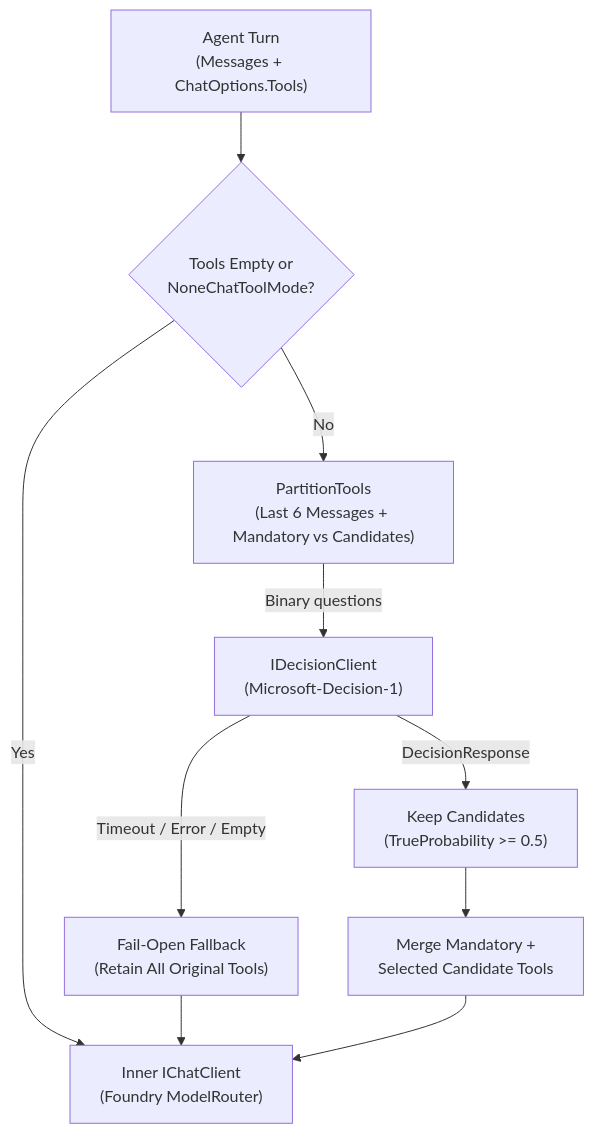
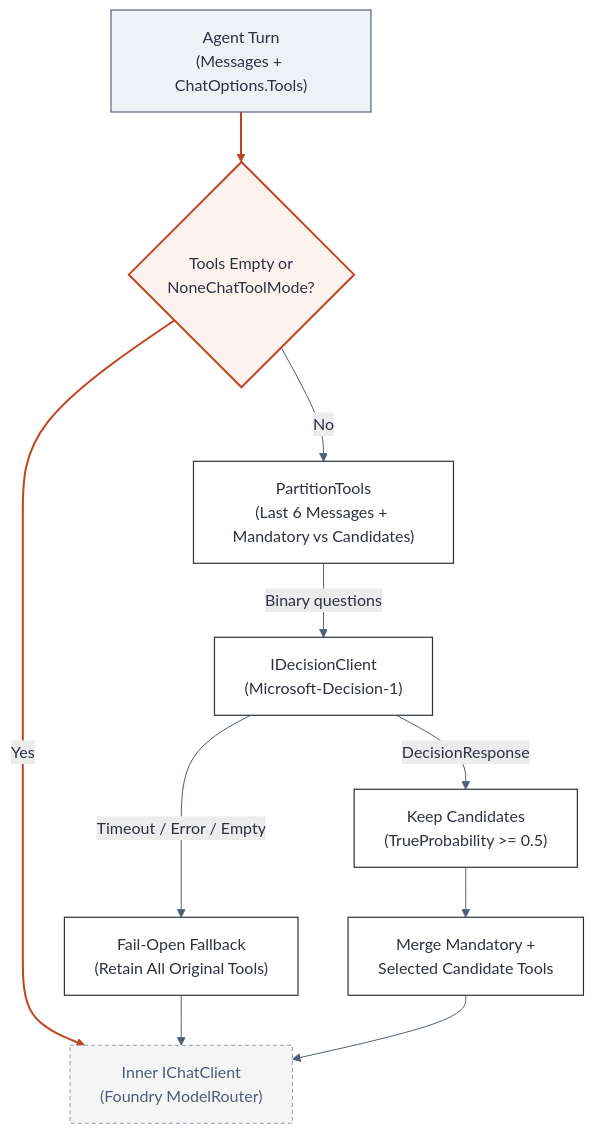
The diagram in docs/docs/misc/mermaids/001-ms-decisions-model-use-case-and-lessons-learned-diagram-2.mmd (foxminchan/BookWorm), drawn with Mermaid before and after one commit. The commit also changed 191 other files, not shown here.

Commit message:
docs: update architecture diagrams and documentation

```diff
--- a/docs/docs/misc/mermaids/001-ms-decisions-model-use-case-and-lessons-learned-diagram-2.mmd
+++ b/docs/docs/misc/mermaids/001-ms-decisions-model-use-case-and-lessons-learned-diagram-2.mmd
@@ -1,19 +1,32 @@
+%%{init: {'theme': 'base', 'themeVariables': {'background': '#f5f5f5', 'primaryColor': '#ffffff', 'primaryTextColor': '#2d3142', 'primaryBorderColor': '#2d3142', 'secondaryColor': '#ececec', 'secondaryBorderColor': '#4f5d75', 'tertiaryColor': '#fdf2ee', 'tertiaryBorderColor': '#bf4520', 'lineColor': '#4f5d75', 'textColor': '#2d3142', 'clusterBkg': '#f8f9fa', 'clusterBorder': '#bfc0c0', 'fontFamily': 'Geist, system-ui, sans-serif'}}}%%
 flowchart TD
 	turn["Agent Turn\n(Messages + ChatOptions.Tools)"]
 	empty{"Tools Empty or\nNoneChatToolMode?"}
 	partition["PartitionTools\n(Last 6 Messages + Mandatory vs Candidates)"]
 	decide["IDecisionClient\n(Microsoft-Decision-1)"]
 	failopen["Fail-Open Fallback\n(Retain All Original Tools)"]
 	filter["Keep Candidates\n(TrueProbability >= 0.5)"]
 	merge["Merge Mandatory +\nSelected Candidate Tools"]
 	chat["Inner IChatClient\n(Foundry ModelRouter)"]
 
 	turn --> empty
 	empty -->|"Yes"| chat
 	empty -->|"No"| partition
 	partition -->|"Binary questions"| decide
 	decide -->|"Timeout / Error / Empty"| failopen
 	failopen --> chat
 	decide -->|"DecisionResponse"| filter
 	filter --> merge
 	merge --> chat
+
+	classDef focal fill:#fdf2ee,stroke:#bf4520,stroke-width:2px,color:#2d3142
+	classDef service fill:#ffffff,stroke:#2d3142,stroke-width:1.2px,color:#2d3142
+	classDef store fill:#ececec,stroke:#4f5d75,stroke-width:1.2px,color:#2d3142
+	classDef input fill:#eef1f6,stroke:#5a6580,stroke-width:1.2px,color:#2d3142
+	classDef ext fill:#f5f5f5,stroke:#949eb2,stroke-width:1px,stroke-dasharray:4 3,color:#4f5d75
+	class empty focal
+	class partition,decide,failopen,filter,merge service
+	class turn input
+	class chat ext
+	linkStyle 0 stroke:#bf4520,stroke-width:2px
+	linkStyle 1 stroke:#bf4520,stroke-width:2px
```
